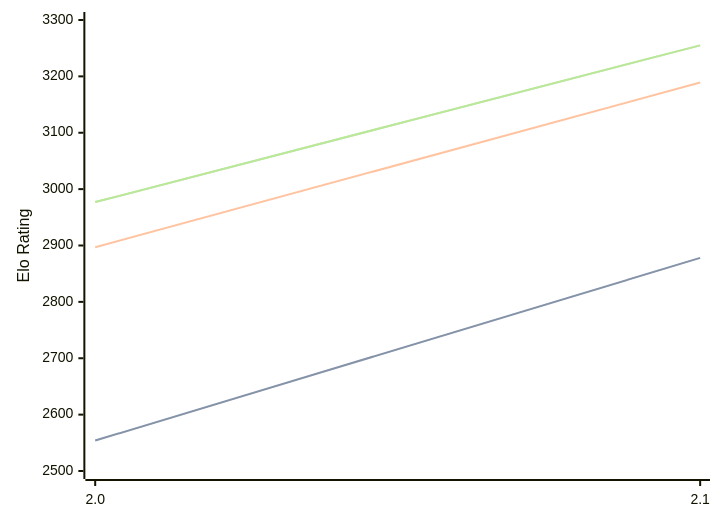
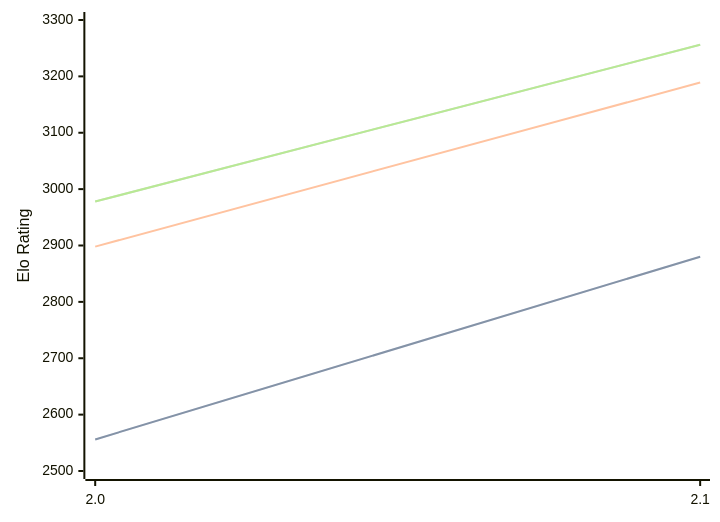
The diagram in engines/Tunguska.md (computer-chess-index/cci), drawn with Mermaid before and after one commit. The commit also changed other lines of this file, not shown here.

Commit message:
Update CCI Ratings (ELO VLTC) - 2026-05-14

````diff
--- a/engines/Tunguska.md
+++ b/engines/Tunguska.md
@@ -32,11 +32,11 @@
 ```mermaid
 %%{init: {"theme":"base","themeVariables":{"seriesColors:['#a3a3a3','#222221','#faa371']}}}%%
 xychart-beta
   x-axis ["2.0", "2.1"]
   y-axis "Elo Rating" 2500 --> 3300
-  line "STC (8.0+0.08s)" [2554, 2878]
-  line "STC (8.0+0.08s)" [2554, 2878]
-  line "LTC (60.0+0.60s)" [2897, 3189]
-  line "VLTC (2m24s+1.12s)" [2977, 3255]
-  line "VLTC (2m24s+1.12s)" [2977, 3255]
+  line "STC (8.0+0.08s)" [2556, 2880]
+  line "STC (8.0+0.08s)" [2556, 2880]
+  line "LTC (60.0+0.60s)" [2898, 3189]
+  line "VLTC (2m24s+1.12s)" [2978, 3256]
+  line "VLTC (2m24s+1.12s)" [2978, 3256]
 ```
````
